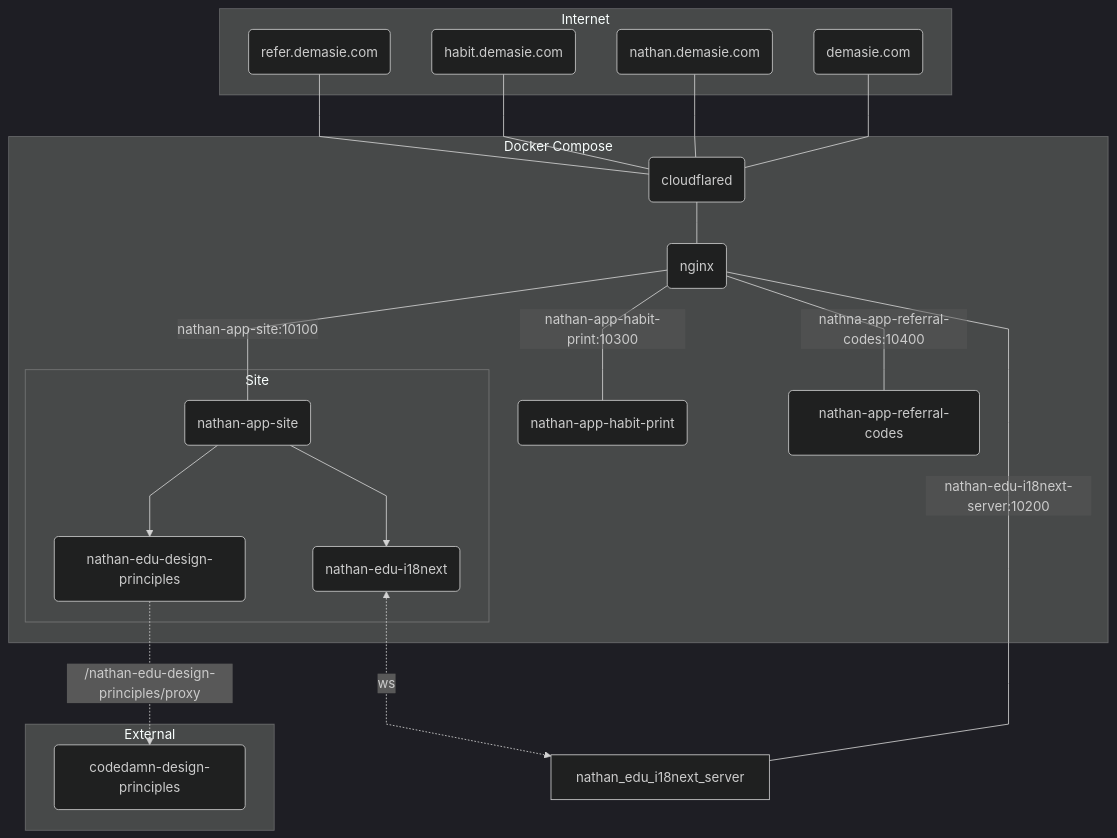
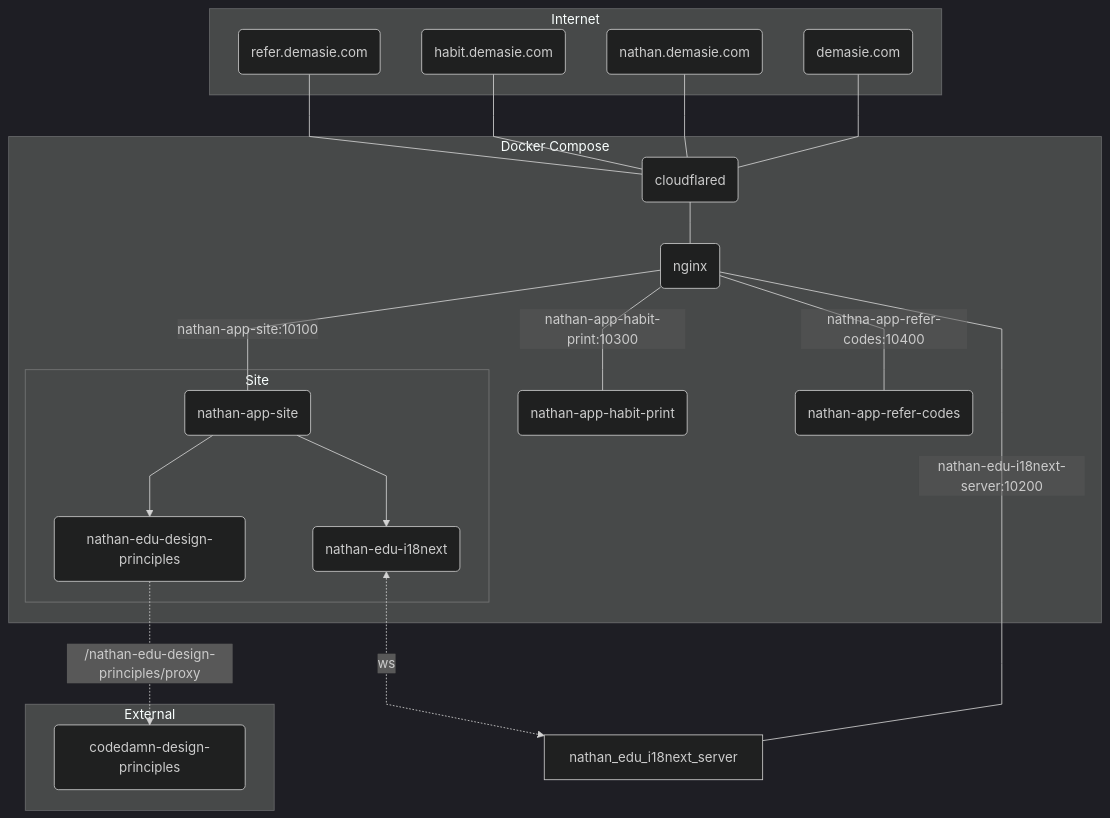
One commit to ndemasie/demasie.com changed the diagram in README.md. Above: the diagram before and after it, drawn with Mermaid. The commit also changed other lines of this file and 68 other files, not shown here.

First line of the commit message:
Feature/rename refer codes (#32)

````diff
--- a/README.md
+++ b/README.md
@@ -21,63 +21,63 @@
 ```mermaid
 %%{init: { 'theme': 'dark', 'flowchart' : {'curve' : 'linear'}}}%%
 
 flowchart TB
   subgraph Internet
     domain("demasie.com")
     domain_nathan("nathan.demasie.com")
     domain_habit("habit.demasie.com")
     domain_refer("refer.demasie.com")
   end
 
   subgraph External
     codedamn_design_principles(codedamn-design-principles)
   end
 
   subgraph Docker Compose
     cloudflared(cloudflared)
     nginx(nginx)
     nathan_edu_i18next(nathan-edu-i18next-server)
     nathan_app_habit_print(nathan-app-habit-print)
-    nathan_app_referral_codes(nathan-app-referral-codes)
+    nathan_app_referral_codes(nathan-app-refer-codes)
 
     subgraph Site
       nathan_app_site(nathan-app-site)
       nathan_edu_i18next(nathan-edu-i18next)
       nathan_edu_design_principles(nathan-edu-design-principles)
     end
   end
 
   %% Flow
   domain --- cloudflared
   domain_nathan --- cloudflared
   domain_habit --- cloudflared
   domain_refer --- cloudflared
 
   cloudflared --- nginx
 
   nginx ---|<div>nathan-app-site:10100</div>| nathan_app_site
   nginx ---|<div>nathan-edu-i18next-server:10200</div>| nathan_edu_i18next_server
   nginx ---|<div>nathan-app-habit-print:10300</div>| nathan_app_habit_print
-  nginx ---|<div>nathna-app-referral-codes:10400</div>| nathan_app_referral_codes
+  nginx ---|<div>nathna-app-refer-codes:10400</div>| nathan_app_referral_codes
 
   nathan_app_site --> nathan_edu_i18next
   nathan_app_site --> nathan_edu_design_principles
   nathan_edu_i18next <-.->|ws| nathan_edu_i18next_server
   nathan_edu_design_principles -.-> |/nathan-edu-design-principles/proxy| codedamn_design_principles
 
   click domain "https://www.demasie.com" _blank
   click domain_nathan "https://nathan.demasie.com" _blank
   click domain_habit "https://habit.demasie.com" _blank
   click domain_refer "https://refer.demasie.com" _blank
 
   click nginx "https://github.com/ndemasie/ndemasie.github.io/tree/main/packages/nginx" _blank
 
   click nathan_app_habit_print "https://github.com/ndemasie/ndemasie.github.io/tree/main/packages/nathan-app-habit-print" _blank
-  click nathan_app_referral_codes "https://github.com/ndemasie/ndemasie.github.io/tree/main/packages/nathan-app-referral-codes" _blank
+  click nathan_app_referral_codes "https://github.com/ndemasie/ndemasie.github.io/tree/main/packages/nathan-app-refer-codes" _blank
   click nathan_app_site "https://github.com/ndemasie/ndemasie.github.io/tree/main/packages/nathan-app-site" _blank
   click nathan_edu_design_principles "https://github.com/ndemasie/ndemasie.github.io/tree/main/packages/nathan-edu-design-principles" _blank
   click nathan_edu_i18next "https://github.com/ndemasie/ndemasie.github.io/tree/main/packages/nathan-edu-i18next" _blank
   click nathan_edu_i18next_server "https://github.com/ndemasie/ndemasie.github.io/tree/main/packages/nathan-edu-i18next-server" _blank
 
   click codedamn_design_principles "https://codedamn.com/playground/qjHW2vXxppVc48uXH5UWv" _blank
 ```
````
